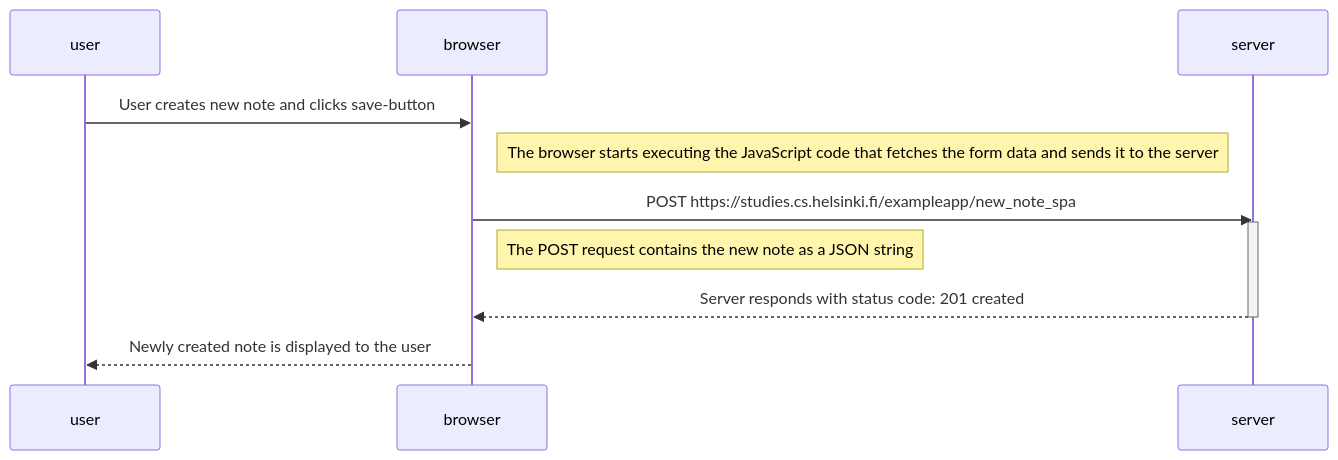
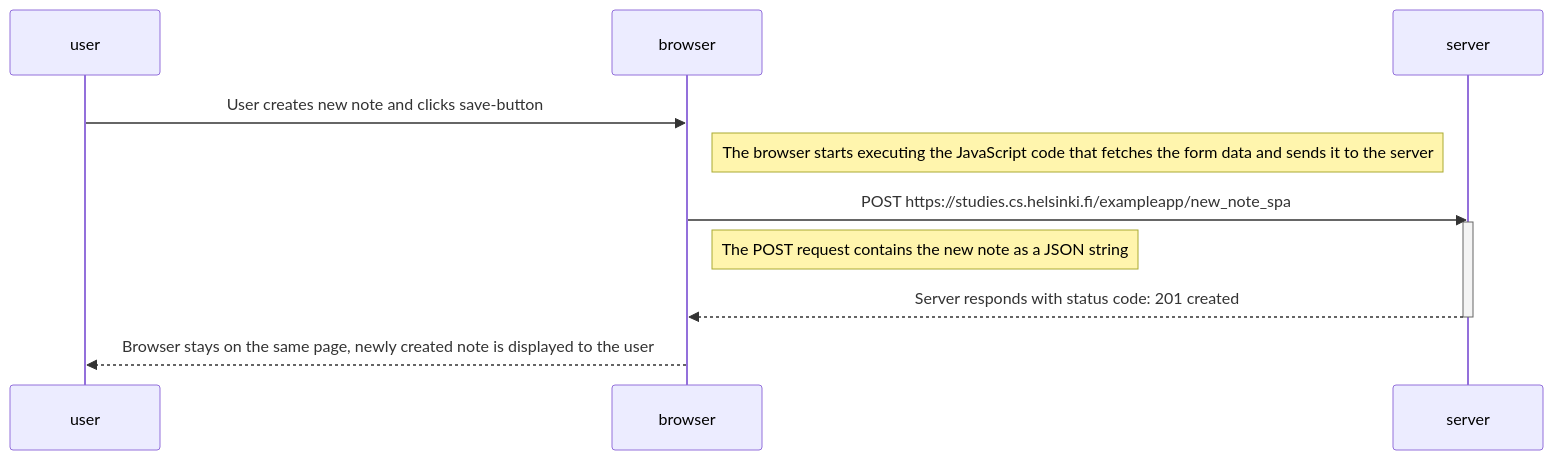
Before and after one commit to kuosaton/fullstackcourse: the diagram in part0/0.5_diagram.md, drawn with Mermaid.

````diff
--- a/part0/0.5_diagram.md
+++ b/part0/0.5_diagram.md
@@ -2,16 +2,16 @@
 ```mermaid
   sequenceDiagram
       participant user
       participant browser
       participant server
 
       user->>browser: User creates new note and clicks save-button
       Note right of browser: The browser starts executing the JavaScript code that fetches the form data and sends it to the server
       browser->>server: POST https://studies.cs.helsinki.fi/exampleapp/new_note_spa
       activate server
       Note right of browser: The POST request contains the new note as a JSON string
       server-->>browser: Server responds with status code: 201 created
       deactivate server
 
-    browser-->>user: Newly created note is displayed to the user
+    browser-->>user: Browser stays on the same page, newly created note is displayed to the user
 ```
````
